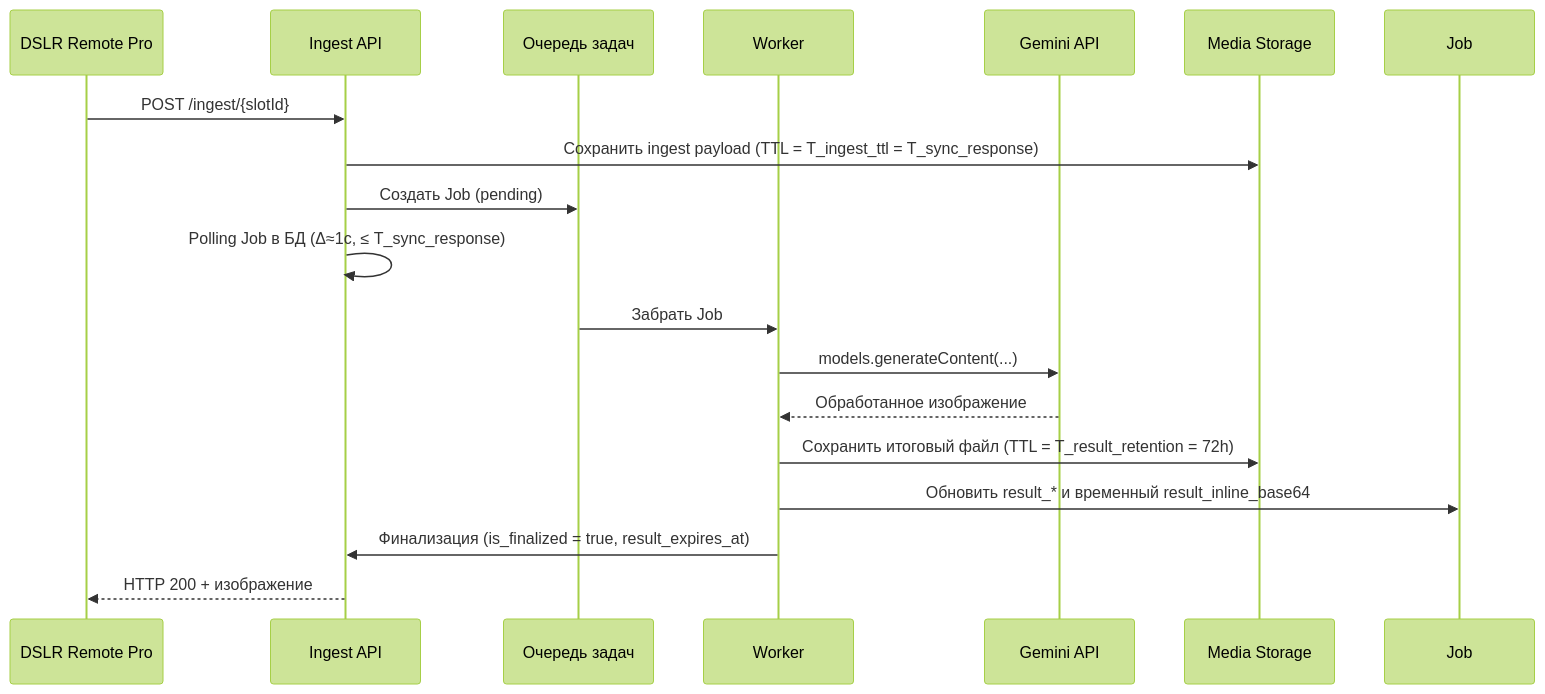
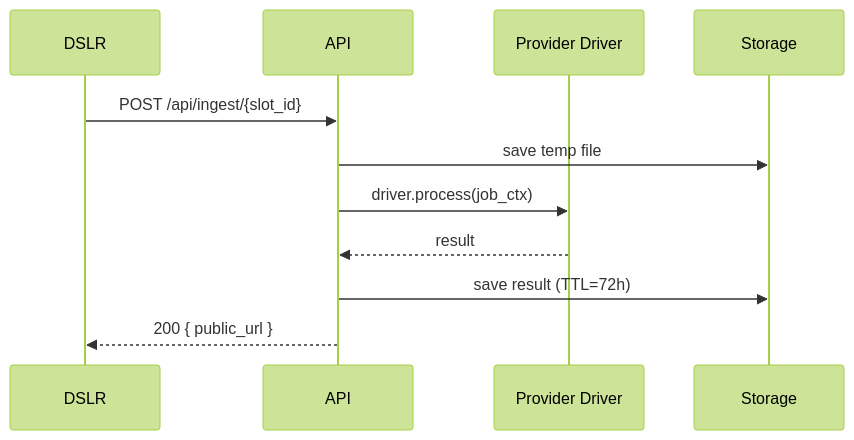
Before and after one commit to nicelight/PhotoChanger_25: the first of 2 diagrams in spec/docs/blueprints/use-cases.md, drawn with Mermaid (forest theme). The commit also changed other lines of this file and 33 other files, not shown here.

````diff
--- a/spec/docs/blueprints/use-cases.md
+++ b/spec/docs/blueprints/use-cases.md
@@ -46,21 +54,14 @@
 ```mermaid
 sequenceDiagram
-    participant DSLR as DSLR Remote Pro
-    participant API as Ingest API
-    participant Queue as Очередь задач
-    participant Worker as Worker
-    participant Gemini as Gemini API
-    participant Storage as Media Storage
+    participant DSLR
+    participant API
+    participant Provider as Provider Driver
+    participant Storage
 
-    DSLR->>API: POST /ingest/{slotId}
-    API->>Storage: Сохранить ingest payload (TTL = T_ingest_ttl = T_sync_response)
-    API->>Queue: Создать Job (pending)
-    API->>API: Polling Job в БД (Δ≈1с, ≤ T_sync_response)
-    Queue->>Worker: Забрать Job
-    Worker->>Gemini: models.generateContent(...)
-    Gemini-->>Worker: Обработанное изображение
-    Worker->>Storage: Сохранить итоговый файл (TTL = T_result_retention = 72h)
-    Worker->>Job: Обновить result_* и временный result_inline_base64
-    Worker->>API: Финализация (is_finalized = true, result_expires_at)
-    API-->>DSLR: HTTP 200 + изображение
+    DSLR->>API: POST /api/ingest/{slot_id}
+    API->>Storage: save temp file
+    API->>Provider: driver.process(job_ctx)
+    Provider-->>API: result
+    API->>Storage: save result (TTL=72h)
+    API-->>DSLR: 200 { public_url }
 ```
````
